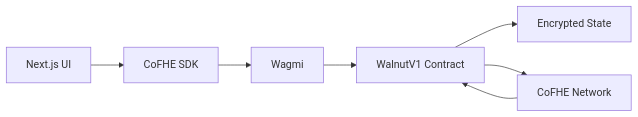
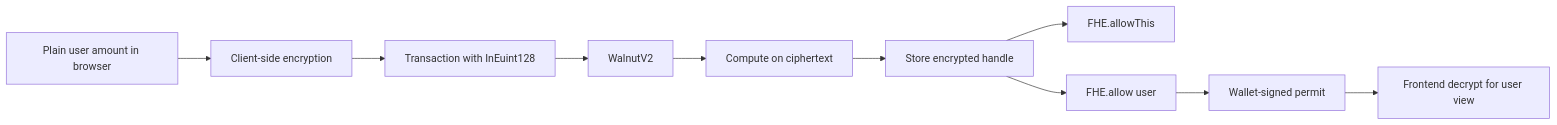
The third of 3 diagrams in README.md (Iam-jayant/walnut), drawn with Mermaid before and after one commit. The commit also changed other lines of this file and 3 other files, not shown here.

````diff
--- a/README.md
+++ b/README.md
@@ -147,9 +109,12 @@
 ```mermaid
-graph LR
-    A[Next.js UI] --> B[CoFHE SDK]
-    B --> C[Wagmi]
-    C --> D[WalnutV1 Contract]
-    D --> E[Encrypted State]
-    D --> F[CoFHE Network]
-    F --> D
+flowchart LR
+    Input[Plain user amount in browser] --> Encrypt[Client-side encryption]
+    Encrypt --> Tx[Transaction with InEuint128]
+    Tx --> Contract[WalnutV2]
+    Contract --> Compute[Compute on ciphertext]
+    Compute --> Store[Store encrypted handle]
+    Store --> AllowThis[FHE.allowThis]
+    Store --> AllowUser[FHE.allow user]
+    AllowUser --> Permit[Wallet-signed permit]
+    Permit --> Decrypt[Frontend decrypt for user view]
 ```
````
